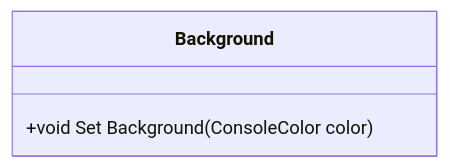
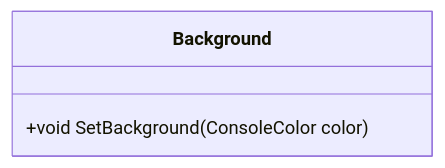
The fifth of 7 diagrams in dokumentasjon/diagram/klasse-diagram.md (NexusWeave/MVP-FlappyBird-cs), drawn with Mermaid before and after one commit.

Commit message:
Fix method name in Background class for consistency

````diff
--- a/dokumentasjon/diagram/klasse-diagram.md
+++ b/dokumentasjon/diagram/klasse-diagram.md
@@ -77,8 +77,8 @@
 ```mermaid
     classDiagram
         direction TD
 
         class Background {
-            +void Set Background(ConsoleColor color)
+            +void SetBackground(ConsoleColor color)
         }
 ```
````
